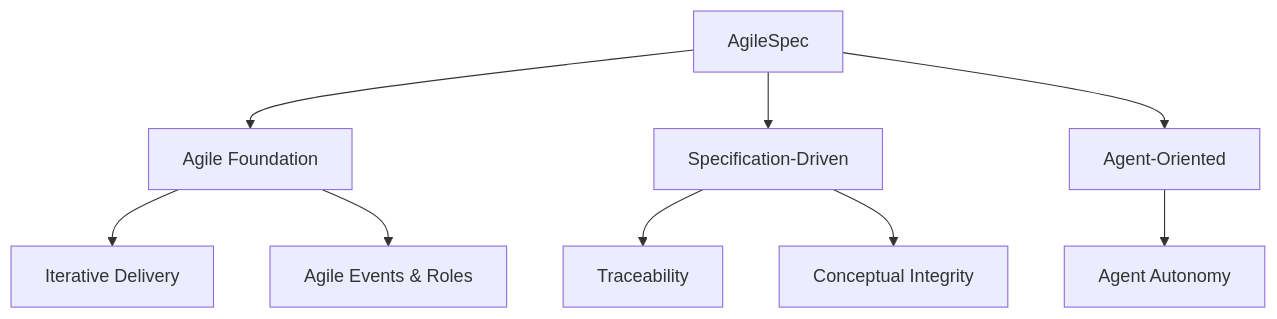
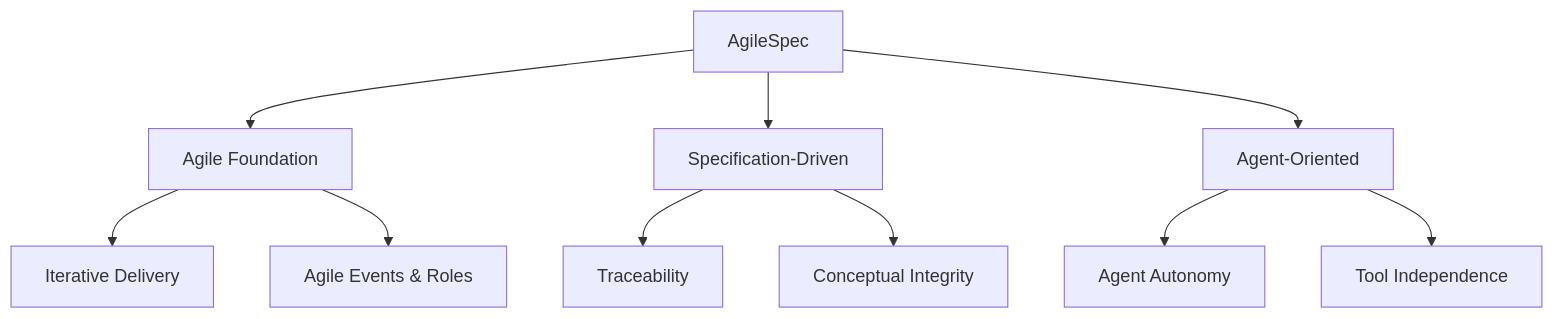
The tenth of 10 diagrams in README.md (mtov/AgileSpec), drawn with Mermaid before and after one commit. The commit also changed other lines of this file, not shown here.

Commit message:
docs: describe spec-anchored approach and tool independence

````diff
--- a/README.md
+++ b/README.md
@@ -516,15 +526,16 @@
 ```mermaid
 flowchart TB
     A["AgileSpec"]
     A --> B["Agile Foundation"]
     A --> C["Specification-Driven"]
     A --> D["Agent-Oriented"]
 
     B --> E["Iterative Delivery"]
     B --> F["Agile Events & Roles"]
 
     C --> G["Traceability"]
     C --> H["Conceptual Integrity"]
 
     D --> I["Agent Autonomy"]
+    D --> J["Tool Independence"]
 ```
````
